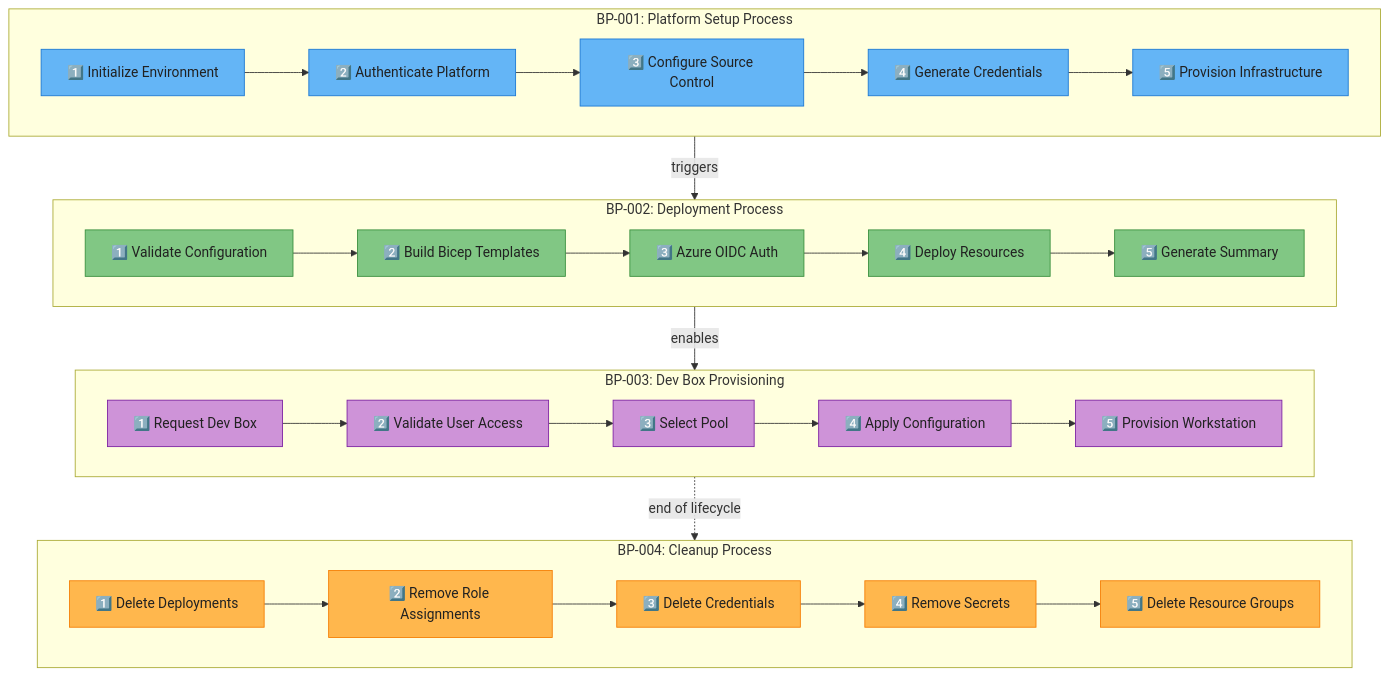
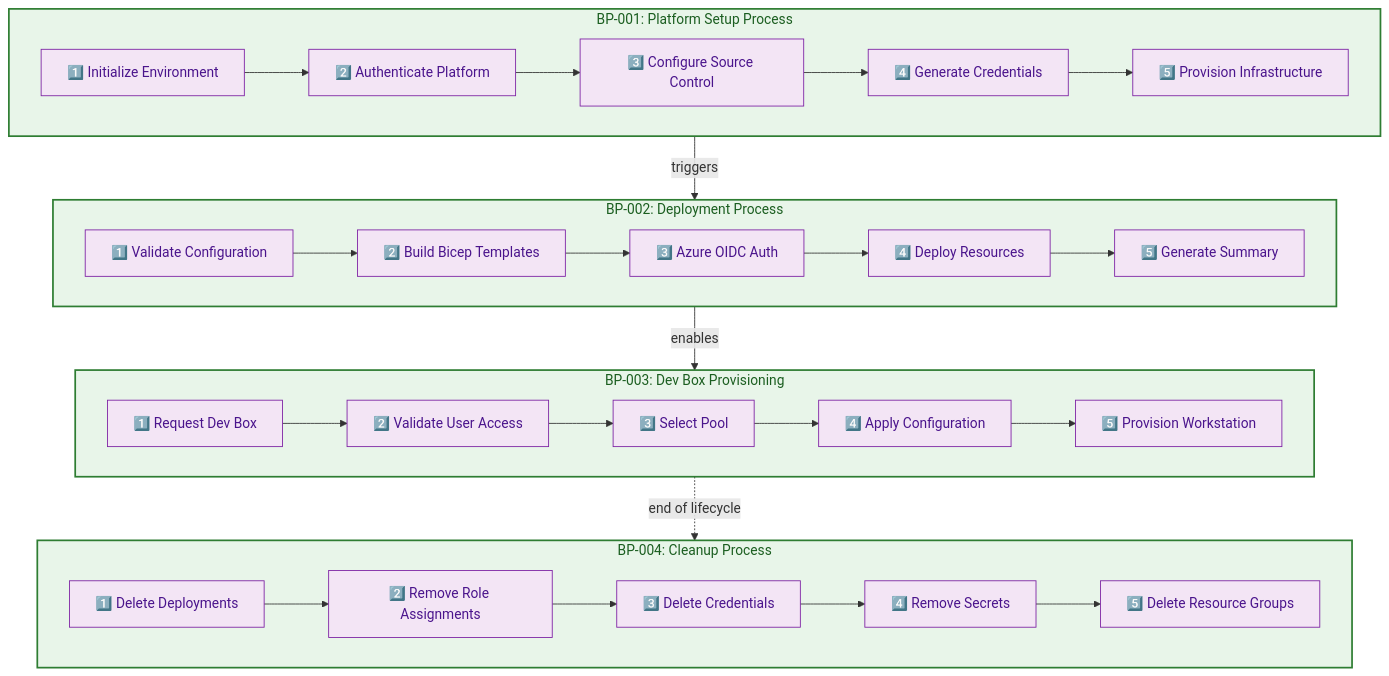
Before and after one commit to Evilazaro/DevExp-DevBox: the third of 5 diagrams in docs/architecture/Business.md, drawn with Mermaid. The commit also changed other lines of this file, not shown here.

Commit message:
docs: refine Business Architecture diagrams with improved clarity, consistent naming, and enhanced styling

````diff
--- a/docs/architecture/Business.md
+++ b/docs/architecture/Business.md
@@ -245,74 +239,59 @@
 ```mermaid
 flowchart TB
-    direction TB
+    subgraph SetupProcess["BP-001: Platform Setup Process"]
+        direction LR
+        S1["1️⃣ Initialize Environment"]
+        S2["2️⃣ Authenticate Platform"]
+        S3["3️⃣ Configure Source Control"]
+        S4["4️⃣ Generate Credentials"]
+        S5["5️⃣ Provision Infrastructure"]
 
-    subgraph setupProcess["BP-001: Platform Setup Process"]
-        direction LR
-        initEnv["1️⃣ Initialize Environment"]
-        authPlatform["2️⃣ Authenticate Platform"]
-        configSourceCtrl["3️⃣ Configure Source Control"]
-        genCreds["4️⃣ Generate Credentials"]
-        provisionInfra["5️⃣ Provision Infrastructure"]
-
-        initEnv --> authPlatform
-        authPlatform --> configSourceCtrl
-        configSourceCtrl --> genCreds
-        genCreds --> provisionInfra
+        S1 --> S2 --> S3 --> S4 --> S5
     end
 
-    subgraph deployProcess["BP-002: Deployment Process"]
+    subgraph DeployProcess["BP-002: Deployment Process"]
         direction LR
-        validateConfig["1️⃣ Validate Configuration"]
-        buildBicep["2️⃣ Build Bicep Templates"]
-        oidcAuth["3️⃣ Azure OIDC Auth"]
-        deployResources["4️⃣ Deploy Resources"]
-        genSummary["5️⃣ Generate Summary"]
+        D1["1️⃣ Validate Configuration"]
+        D2["2️⃣ Build Bicep Templates"]
+        D3["3️⃣ Azure OIDC Auth"]
+        D4["4️⃣ Deploy Resources"]
+        D5["5️⃣ Generate Summary"]
 
-        validateConfig --> buildBicep
-        buildBicep --> oidcAuth
-        oidcAuth --> deployResources
-        deployResources --> genSummary
+        D1 --> D2 --> D3 --> D4 --> D5
     end
 
-    subgraph devBoxProcess["BP-003: Dev Box Provisioning"]
+    subgraph DevBoxProcess["BP-003: Dev Box Provisioning"]
         direction LR
-        requestDevBox["1️⃣ Request Dev Box"]
-        validateAccess["2️⃣ Validate User Access"]
-        selectPool["3️⃣ Select Pool"]
-        applyConfig["4️⃣ Apply Configuration"]
-        provisionWs["5️⃣ Provision Workstation"]
+        B1["1️⃣ Request Dev Box"]
+        B2["2️⃣ Validate User Access"]
+        B3["3️⃣ Select Pool"]
+        B4["4️⃣ Apply Configuration"]
+        B5["5️⃣ Provision Workstation"]
 
-        requestDevBox --> validateAccess
-        validateAccess --> selectPool
-        selectPool --> applyConfig
-        applyConfig --> provisionWs
+        B1 --> B2 --> B3 --> B4 --> B5
     end
 
-    subgraph cleanupProcess["BP-004: Cleanup Process"]
+    subgraph CleanupProcess["BP-004: Cleanup Process"]
         direction LR
-        deleteDeployments["1️⃣ Delete Deployments"]
-        removeRoles["2️⃣ Remove Role Assignments"]
-        deleteCreds["3️⃣ Delete Credentials"]
-        removeSecrets["4️⃣ Remove Secrets"]
-        deleteRgs["5️⃣ Delete Resource Groups"]
+        C1["1️⃣ Delete Deployments"]
+        C2["2️⃣ Remove Role Assignments"]
+        C3["3️⃣ Delete Credentials"]
+        C4["4️⃣ Remove Secrets"]
+        C5["5️⃣ Delete Resource Groups"]
 
-        deleteDeployments --> removeRoles
-        removeRoles --> deleteCreds
-        deleteCreds --> removeSecrets
-        removeSecrets --> deleteRgs
+        C1 --> C2 --> C3 --> C4 --> C5
     end
 
-    setupProcess -->|"triggers"| deployProcess
-    deployProcess -->|"enables"| devBoxProcess
-    devBoxProcess -.->|"end of lifecycle"| cleanupProcess
+    SetupProcess -->|"triggers"| DeployProcess
+    DeployProcess -->|"enables"| DevBoxProcess
+    DevBoxProcess -.->|"end of lifecycle"| CleanupProcess
 
-    classDef setupStep fill:#64B5F6,stroke:#1976D2,color:#212121
-    classDef deployStep fill:#81C784,stroke:#388E3C,color:#212121
-    classDef devBoxStep fill:#CE93D8,stroke:#7B1FA2,color:#212121
-    classDef cleanupStep fill:#FFB74D,stroke:#F57C00,color:#212121
+    %% Style Definitions
+    classDef L0 fill:#E3F2FD,stroke:#1565C0,stroke-width:2px,color:#0D47A1
+    classDef L1 fill:#E8F5E9,stroke:#2E7D32,stroke-width:2px,color:#1B5E20
+    classDef L2 fill:#FFF3E0,stroke:#EF6C00,stroke-width:1px,color:#E65100
+    classDef L3 fill:#F3E5F5,stroke:#7B1FA2,stroke-width:1px,color:#4A148C
 
-    class initEnv,authPlatform,configSourceCtrl,genCreds,provisionInfra setupStep
-    class validateConfig,buildBicep,oidcAuth,deployResources,genSummary deployStep
-    class requestDevBox,validateAccess,selectPool,applyConfig,provisionWs devBoxStep
-    class deleteDeployments,removeRoles,deleteCreds,removeSecrets,deleteRgs cleanupStep
+    class SetupProcess,DeployProcess,DevBoxProcess,CleanupProcess L1
+    class S1,S2,S3,S4,S5,D1,D2,D3,D4,D5,B1,B2,B3,B4,B5,C1,C2,C3,C4,C5 L3
 ```
````
